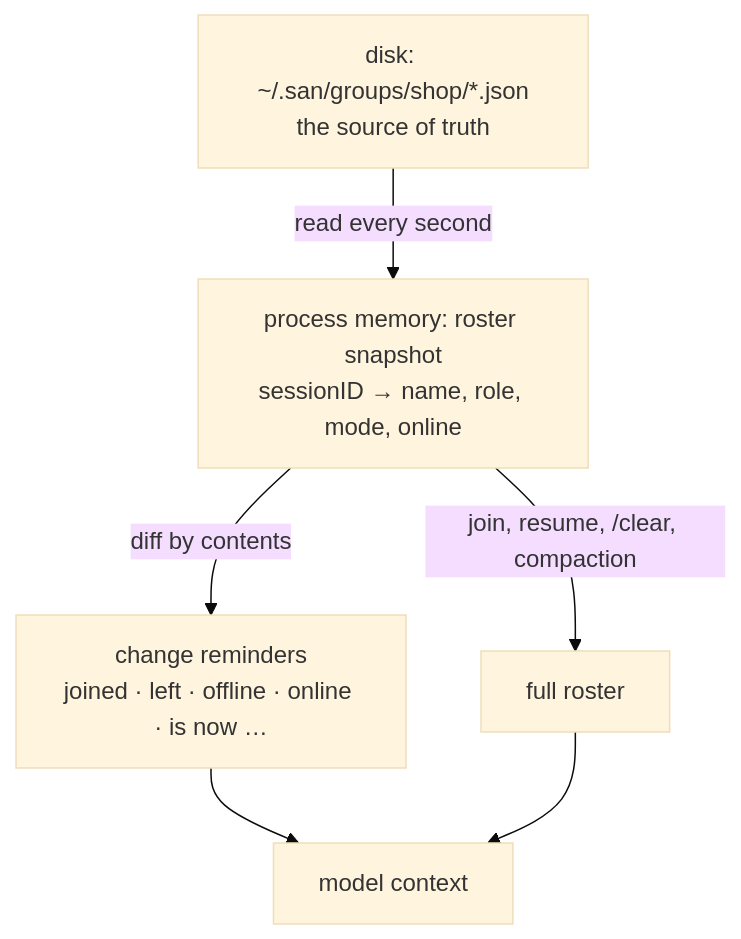
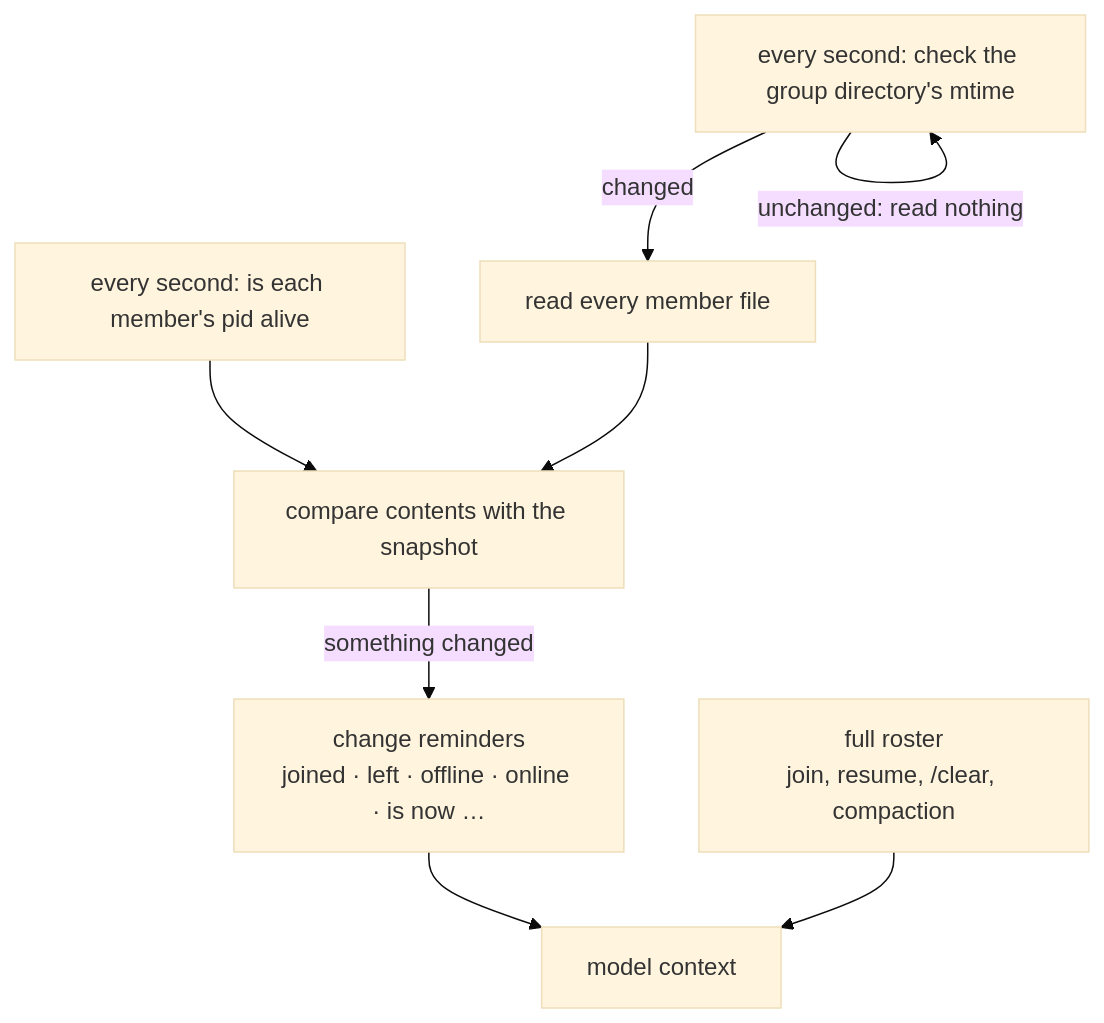
One commit to genai-io/san changed the third of 5 diagrams in docs/design/proposals/0003-session-groups.md. Above: the diagram before and after it, drawn with Mermaid (base theme). The commit also changed other lines of this file and 1 other file, not shown here.

First line of the commit message:
docs(design): PROP-0003 — Source 4 enters the main loop on its own

````diff
--- a/docs/design/proposals/0003-session-groups.md
+++ b/docs/design/proposals/0003-session-groups.md
@@ -226,8 +228,10 @@
 ```mermaid
 flowchart TB
-    D["disk: ~/.san/groups/shop/*.json<br/>the source of truth"] -->|read every second| S["process memory: roster snapshot<br/>sessionID → name, role, mode, online"]
-    S -->|diff by contents| R["change reminders<br/>joined · left · offline · online · is now …"]
-    S -->|join, resume, /clear, compaction| F["full roster"]
+    T["every second: check the group directory's mtime"] -->|unchanged: read nothing| T
+    T -->|changed| D["read every member file"]
+    P["every second: is each member's pid alive"] --> S
+    D --> S["compare contents with the snapshot"]
+    S -->|something changed| R["change reminders<br/>joined · left · offline · online · is now …"]
     R --> M["model context"]
-    F --> M
+    F["full roster<br/>join, resume, /clear, compaction"] --> M
 ```
````
